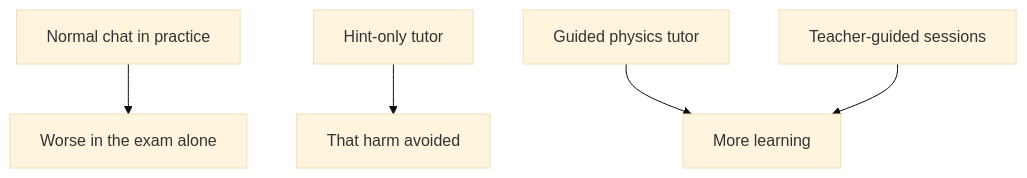
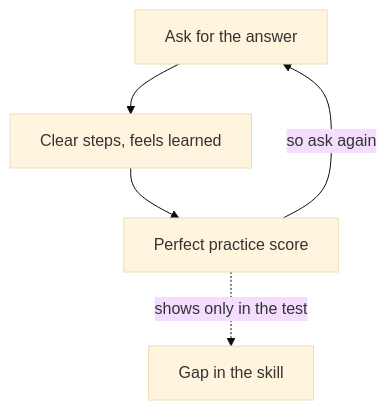
One commit to Muhammad-AnasKhan/Buildment changed the diagram in content/import/build-with-ai/01-ai-as-an-enabler/01.04-help-or-harm.md. Above: the diagram before and after it, drawn with Mermaid (base theme). The commit also changed other lines of this file and 13 other files, not shown here.

Commit message:
Revise build-with-ai module 1 after G5 round 1: real predicts, balanced options, rebuilt diagrams

````diff
--- a/content/import/build-with-ai/01-ai-as-an-enabler/01.04-help-or-harm.md
+++ b/content/import/build-with-ai/01-ai-as-an-enabler/01.04-help-or-harm.md
@@ -75,7 +63,7 @@
 ```mermaid
 flowchart TD
-  A["Normal chat in practice"] --> X["Worse in the exam alone"]
-  B["Hint-only tutor"] --> Y["That harm avoided"]
-  C["Guided physics tutor"] --> Z["More learning"]
-  D["Teacher-guided sessions"] --> Z
+  A["Ask for the answer"] --> B["Clear steps, feels learned"]
+  B --> C["Perfect practice score"]
+  C -->|"so ask again"| A
+  C -.->|"shows only in the test"| D["Gap in the skill"]
 ```
````
